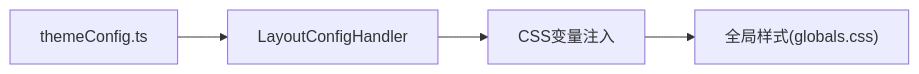
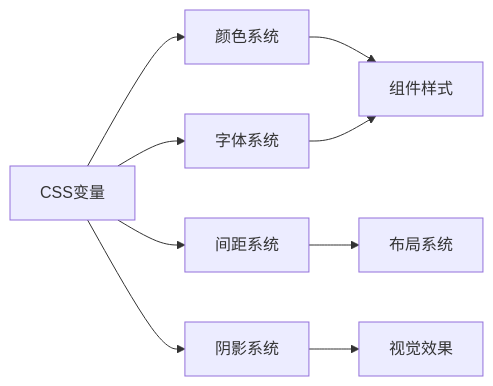
The seventh of 8 diagrams in .qoder/repowiki/zh/content/架构设计/架构设计.md (HAOFUYANG/nextjs-admin), drawn with Mermaid before and after one commit. The commit also changed other lines of this file and 6 other files, not shown here.

````diff
--- a/.qoder/repowiki/zh/content/架构设计/架构设计.md
+++ b/.qoder/repowiki/zh/content/架构设计/架构设计.md
@@ -260,6 +260,11 @@
 ```mermaid
 graph LR
-ThemeCfg["themeConfig.ts"] --> LayoutCfg["LayoutConfigHandler"]
-LayoutCfg --> CSSVars["CSS变量注入"]
-CSSVars --> Styles["全局样式(globals.css)"]
+CSSVars["CSS变量"] --> Colors["颜色系统"]
+CSSVars --> Typography["字体系统"]
+CSSVars --> Spacing["间距系统"]
+CSSVars --> Shadows["阴影系统"]
+Colors --> Components["组件样式"]
+Typography --> Components
+Spacing --> Layout["布局系统"]
+Shadows --> Effects["视觉效果"]
 ```
````
